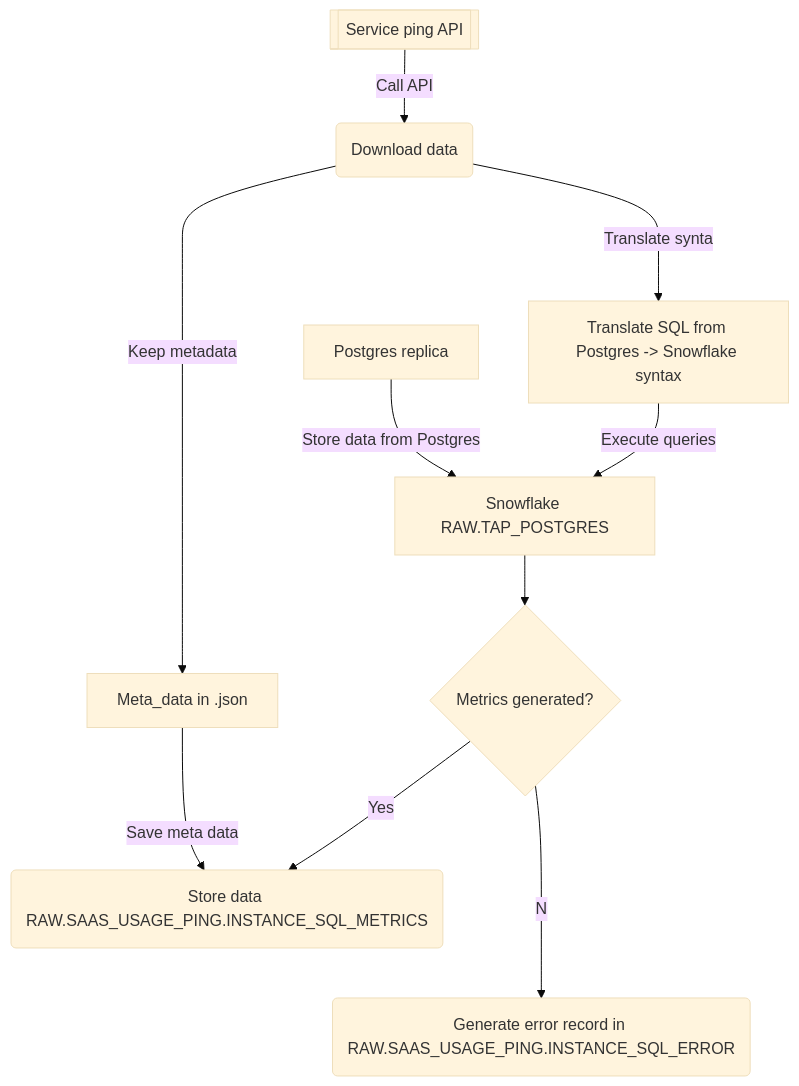
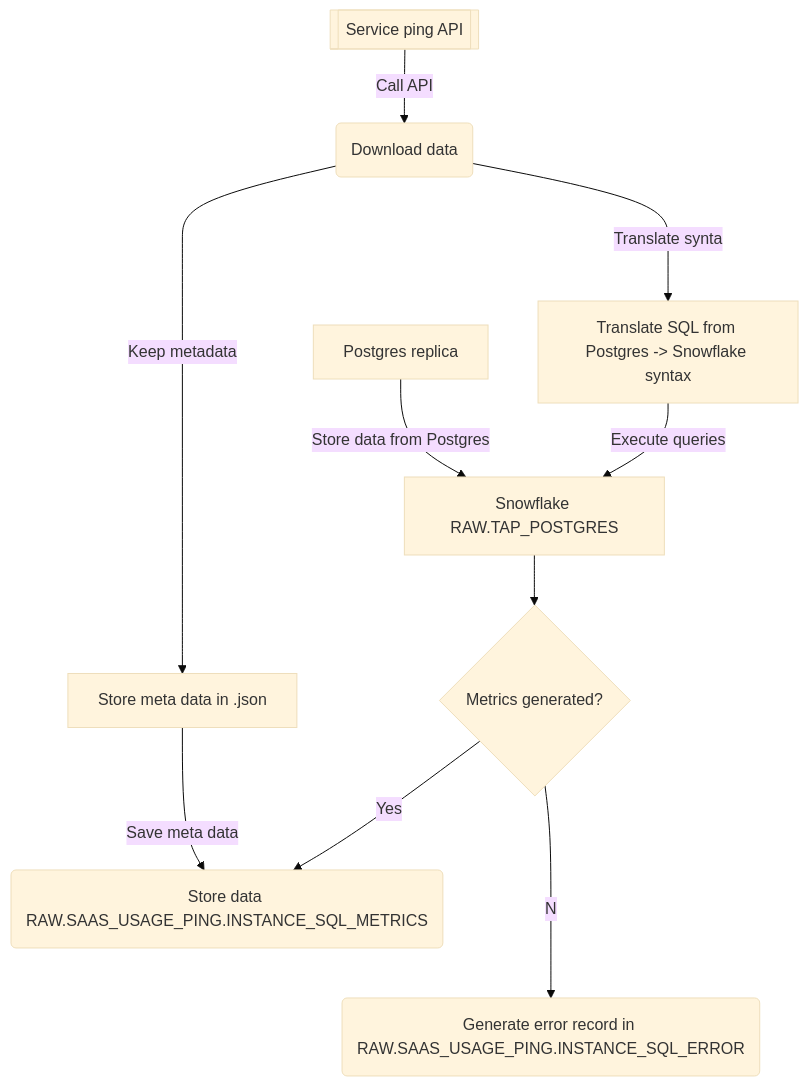
One commit to ktopcuoglu/gitlab-dbt-analytics changed the first of 2 diagrams in extract/saas_usage_ping/README.md. Above: the diagram before and after it, drawn with Mermaid (base theme). The commit also changed other lines of this file, not shown here.

Commit message:
Update README.md file with Redis metrics information.

````diff
--- a/extract/saas_usage_ping/README.md
+++ b/extract/saas_usage_ping/README.md
@@ -38,11 +38,11 @@
 ```mermaid
 graph TD;
   PGREP[Postgres replica]--Store data from Postgres-->SF_TP[Snowflake RAW.TAP_POSTGRES];
   SP_API[[Service ping API]]--Call API-->DNLD(Download data);
   DNLD--Translate syntax-->TR_SQL[Translate SQL from Postgres -> Snowflake syntax];
-  DNLD--Keep metadata-->MTD[Meta_data in .json];
+  DNLD--Keep metadata-->MTD[Store meta data in .json];
   MTD--Save meta data-->FIN_RAW;
   TR_SQL--Execute queries-->SF_TP;
   SF_TP-->ERROR_CHECK{Metrics generated?}--Yes-->FIN_RAW(Store data RAW.SAAS_USAGE_PING.INSTANCE_SQL_METRICS);
   ERROR_CHECK--No-->ERR(Generate error record in RAW.SAAS_USAGE_PING.INSTANCE_SQL_ERROR);
 ```
````
